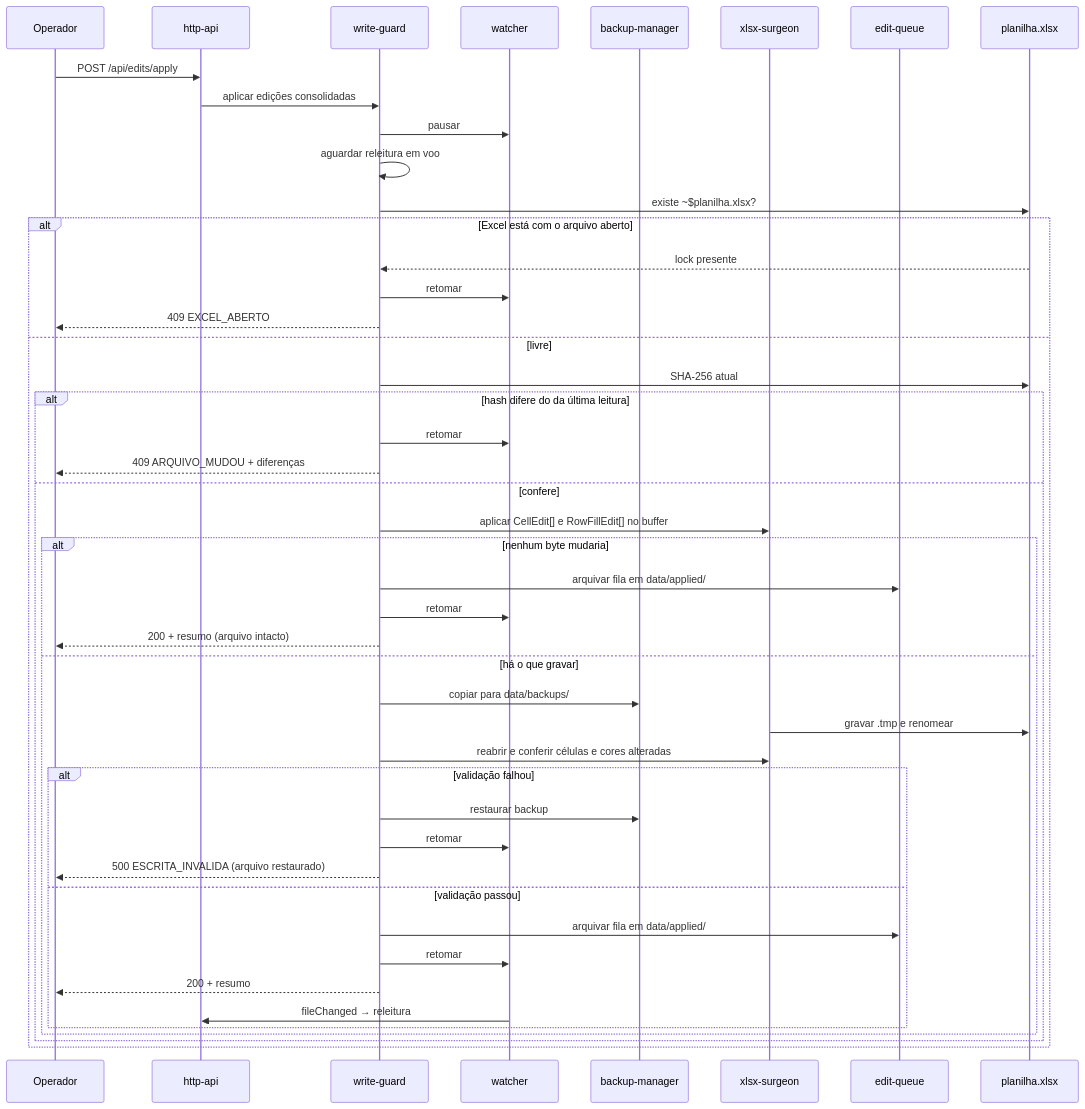
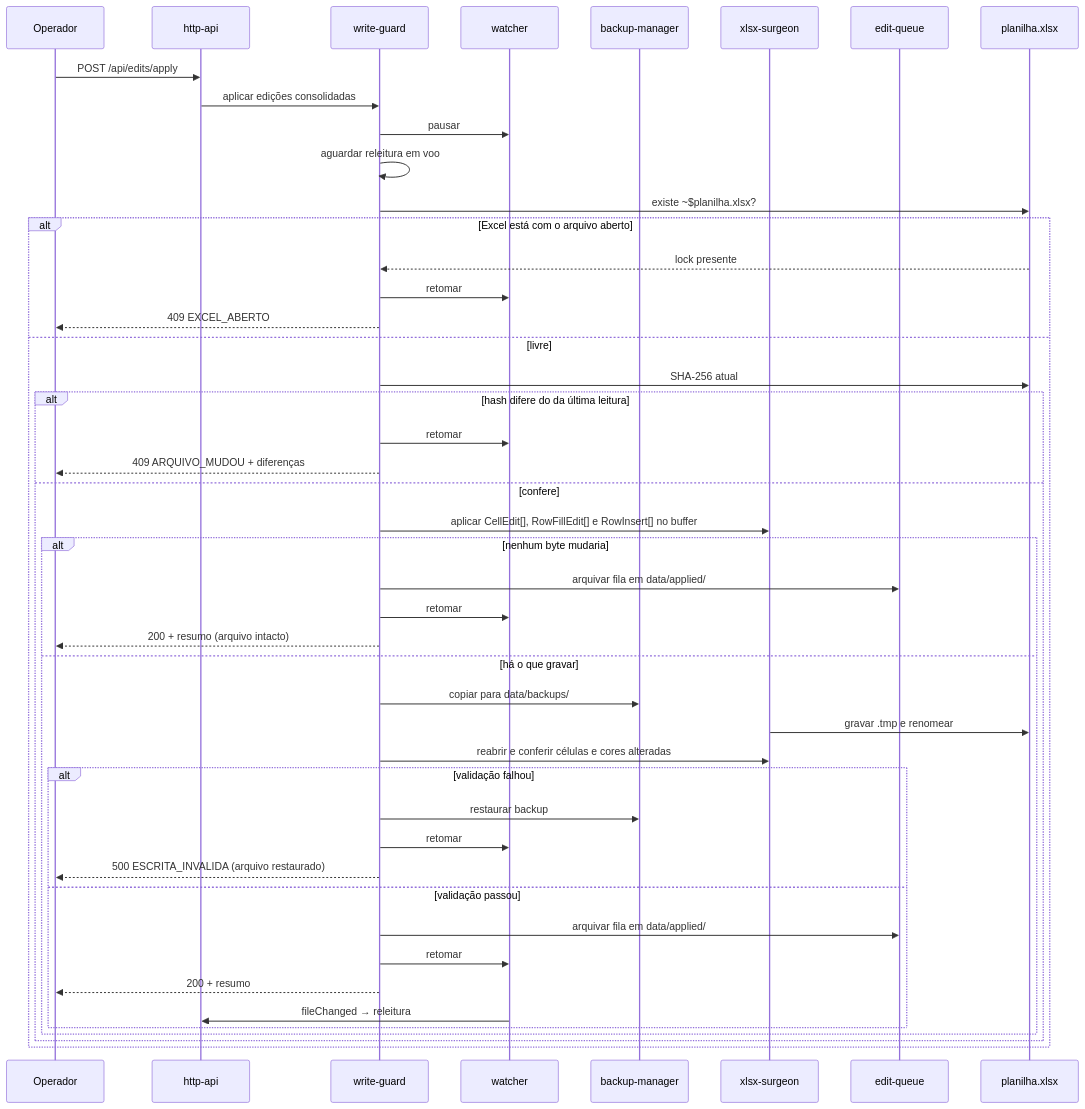
Before and after one commit to rodrigo-norys/cronoscomex: the fifth of 6 diagrams in docs/04-arquitetura.md, drawn with Mermaid. The commit also changed other lines of this file and 11 other files, not shown here.

````diff
--- a/docs/04-arquitetura.md
+++ b/docs/04-arquitetura.md
@@ -204,49 +207,49 @@
 ```mermaid
 sequenceDiagram
     participant U as Operador
     participant API as http-api
     participant G as write-guard
     participant W as watcher
     participant B as backup-manager
     participant S as xlsx-surgeon
     participant Q as edit-queue
     participant F as planilha.xlsx
 
     U->>API: POST /api/edits/apply
     API->>G: aplicar edições consolidadas
     G->>W: pausar
     G->>G: aguardar releitura em voo
     G->>F: existe ~$planilha.xlsx?
     alt Excel está com o arquivo aberto
         F-->>G: lock presente
         G->>W: retomar
         G-->>U: 409 EXCEL_ABERTO
     else livre
         G->>F: SHA-256 atual
         alt hash difere do da última leitura
             G->>W: retomar
             G-->>U: 409 ARQUIVO_MUDOU + diferenças
         else confere
-            G->>S: aplicar CellEdit[] e RowFillEdit[] no buffer
+            G->>S: aplicar CellEdit[], RowFillEdit[] e RowInsert[] no buffer
             alt nenhum byte mudaria
                 G->>Q: arquivar fila em data/applied/
                 G->>W: retomar
                 G-->>U: 200 + resumo (arquivo intacto)
             else há o que gravar
                 G->>B: copiar para data/backups/
                 S->>F: gravar .tmp e renomear
                 G->>S: reabrir e conferir células e cores alteradas
                 alt validação falhou
                     G->>B: restaurar backup
                     G->>W: retomar
                     G-->>U: 500 ESCRITA_INVALIDA (arquivo restaurado)
                 else validação passou
                     G->>Q: arquivar fila em data/applied/
                     G->>W: retomar
                     G-->>U: 200 + resumo
                     W->>API: fileChanged → releitura
                 end
             end
         end
     end
 ```
````
